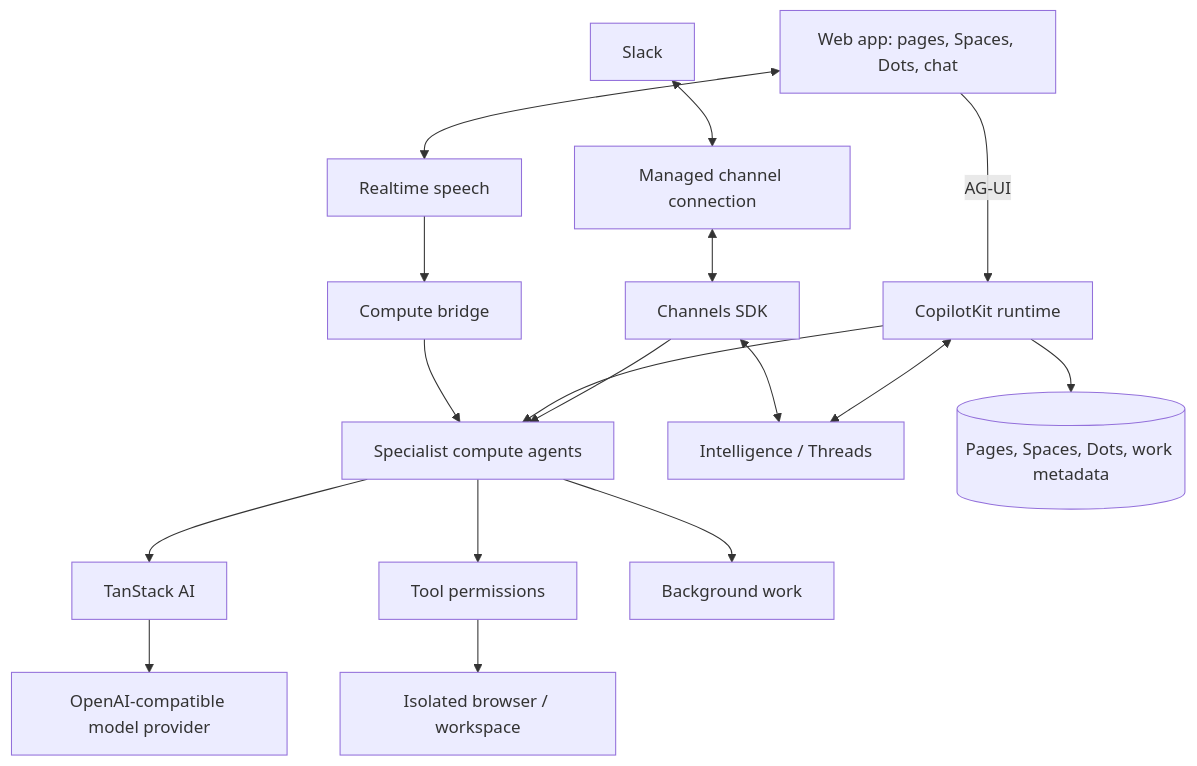
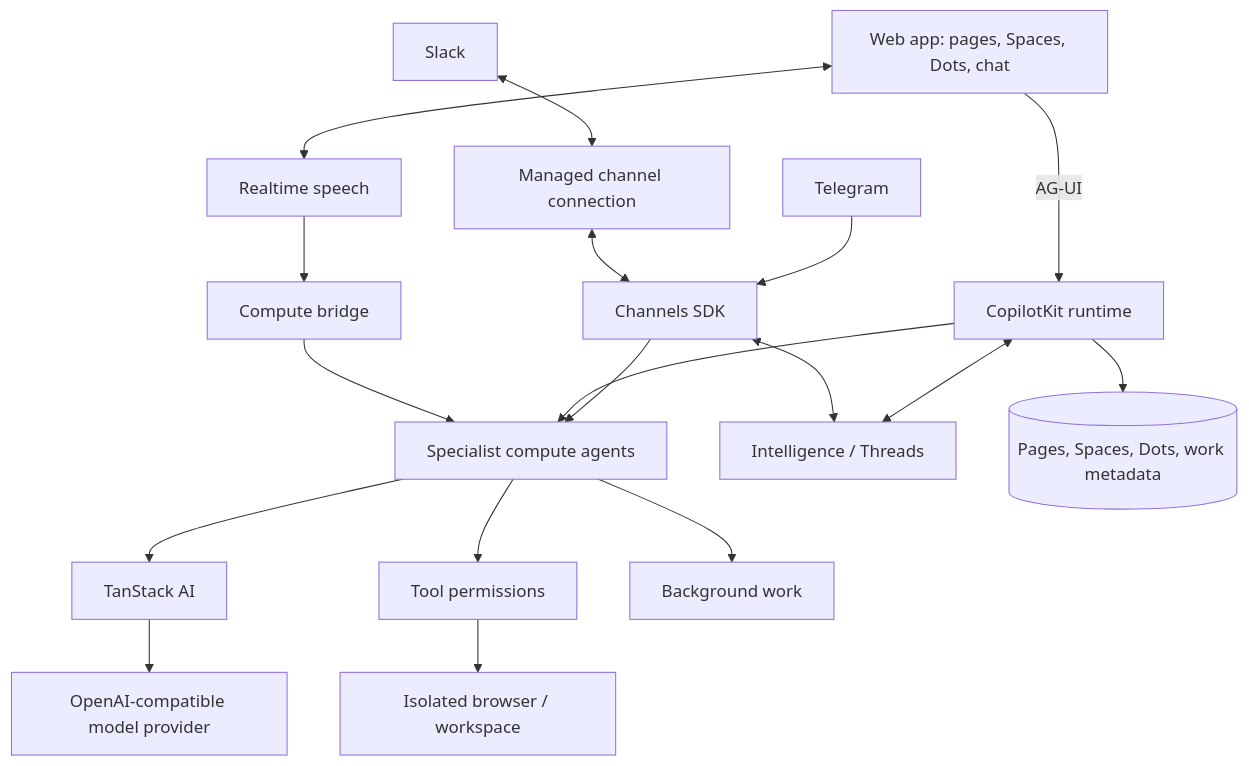
The diagram in README.md (CopilotKit/OpenDots), drawn with Mermaid before and after one commit. The commit also changed other lines of this file, not shown here.

Commit message:
docs: add Telegram to architecture

````diff
--- a/README.md
+++ b/README.md
@@ -135,19 +135,20 @@
 ```mermaid
 flowchart TB
   Web["Web app: pages, Spaces, Dots, chat"] -->|AG-UI| Runtime[CopilotKit runtime]
   Slack[Slack] <--> Managed[Managed channel connection]
-  Managed <--> Channels[Channels SDK]
+  Telegram[Telegram] --> Channels[Channels SDK]
+  Managed <--> Channels
   Channels --> Agents[Specialist compute agents]
   Runtime --> Agents
   Agents --> AI[TanStack AI]
   AI --> Provider[OpenAI-compatible model provider]
   Runtime <--> Intelligence["Intelligence / Threads"]
   Channels <--> Intelligence
   Web <--> Speech[Realtime speech]
   Speech --> Bridge[Compute bridge]
   Bridge --> Agents
   Agents --> Controls[Tool permissions]
   Controls --> Computer[Isolated browser / workspace]
   Agents --> Jobs[Background work]
   Runtime --> Metadata[(Pages, Spaces, Dots, work metadata)]
 ```
````
